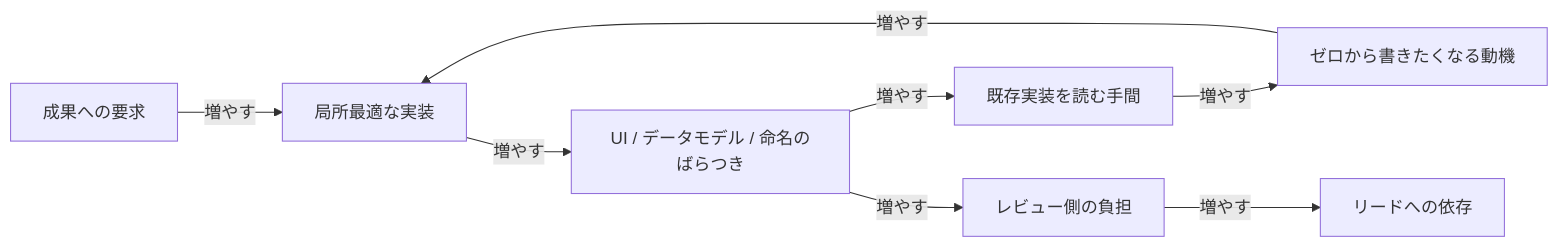
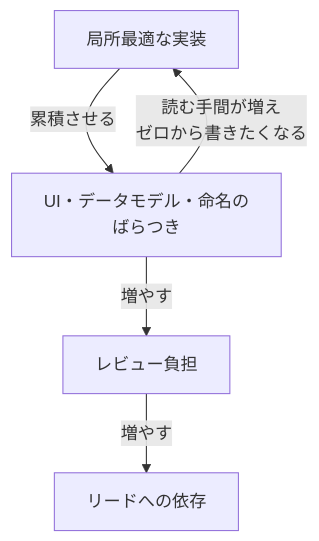
One commit to iwasa-kosui/monorepo changed the sixth of 8 diagrams in apps/kosui-me/src/content/posts/2026-04-29-knowledge-entropy-and-normative-layer.mdx. Above: the diagram before and after it, drawn with Mermaid. The commit also changed other lines of this file and 5 other files, not shown here.

First line of the commit message:
feat(kosui-me): 知識エントロピー記事に挿絵を追加し因果ループ図を簡素化 (#410)

````diff
--- a/apps/kosui-me/src/content/posts/2026-04-29-knowledge-entropy-and-normative-layer.mdx
+++ b/apps/kosui-me/src/content/posts/2026-04-29-knowledge-entropy-and-normative-layer.mdx
@@ -139,18 +131,12 @@
 ```mermaid
-flowchart LR
-    A["成果への要求"]
+flowchart TD
     B["局所最適な実装"]
-    C["UI / データモデル / 命名のばらつき"]
-    D["既存実装を読む手間"]
-    E["ゼロから書きたくなる動機"]
-    F["レビュー側の負担"]
+    C["UI・データモデル・命名の<br>ばらつき"]
+    F["レビュー負担"]
     G["リードへの依存"]
 
-    A -->|増やす| B
-    B -->|増やす| C
-    C -->|増やす| D
-    D -->|増やす| E
-    E -->|増やす| B
+    B -->|累積させる| C
+    C -->|読む手間が増え<br>ゼロから書きたくなる| B
     C -->|増やす| F
     F -->|増やす| G
 ```
````
